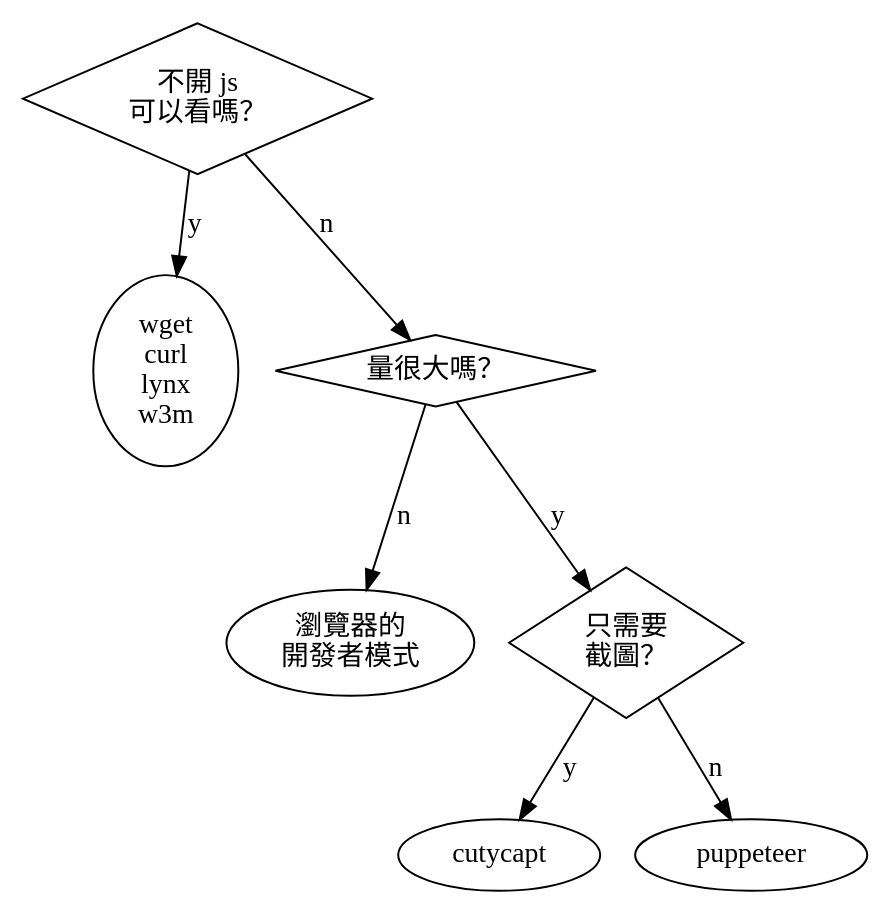
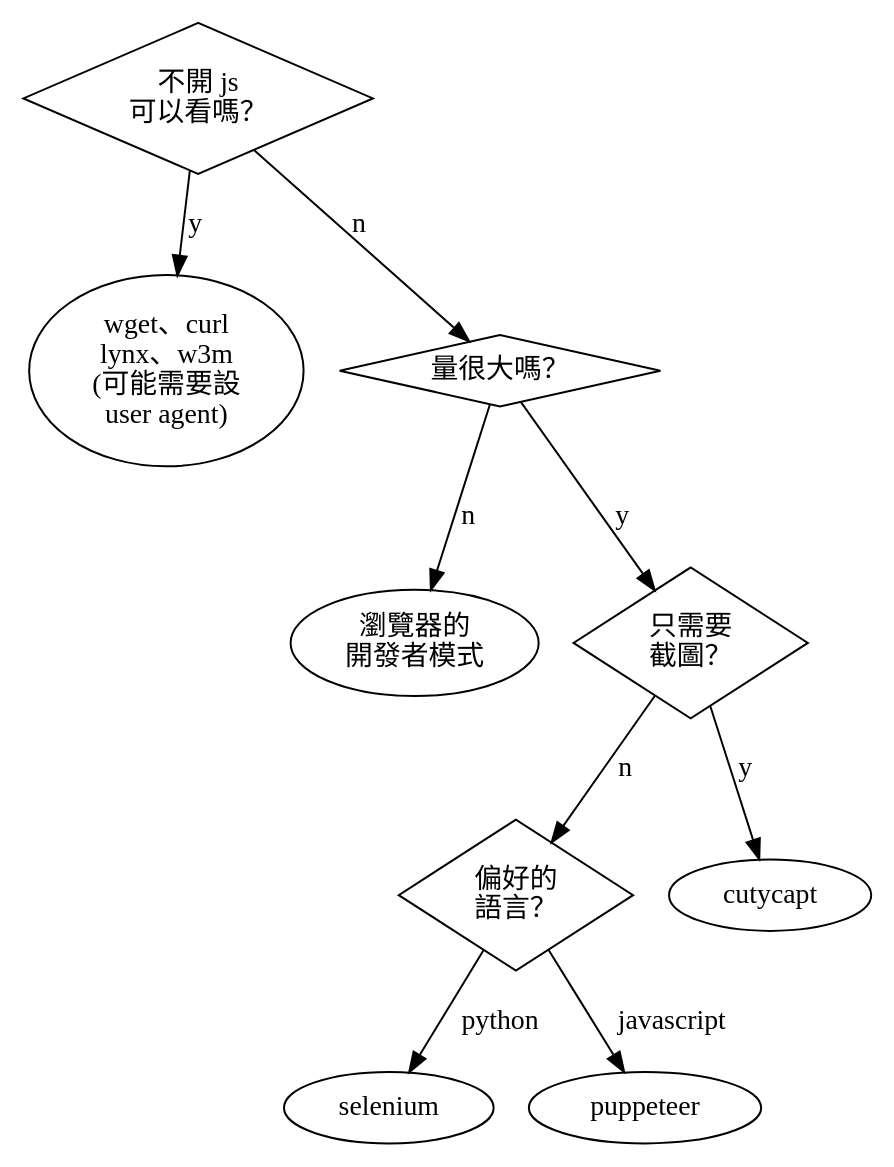
The diagram in a/m/23/spider-when.dot (ckhung/ckhung.github.io), drawn with Graphviz before and after one commit. The commit also changed 1 other file, not shown here.

Commit message:
added selenium

```diff
--- a/a/m/23/spider-when.dot
+++ b/a/m/23/spider-when.dot
@@ -1,19 +1,22 @@
 digraph "網路爬蟲： 何時使用哪個工具？" {
 
     rankdir = TB;
     overlap = scale;
     shape=rectangle;
 
     javascript [ label="不開 js\n可以看嗎？" ; shape=diamond ];
-    text_browser [ label="wget\ncurl\nlynx\nw3m" ];
+    text_browser [ label="wget、curl\nlynx、w3m\n(可能需要設\nuser agent)" ];
     volume [ label="量很大嗎？" ; shape=diamond ];
     dev_mode [ label="瀏覽器的\n開發者模式" ];
     graphic_only [ label="只需要\n截圖？" ; shape=diamond];
+    language [ label="偏好的\n語言？" ; shape=diamond];
 
     javascript -> text_browser [ label="y" ];
     javascript -> volume [ label="n" ];
     volume -> dev_mode [ label="n" ];
     volume -> graphic_only [ label="y" ];
     graphic_only -> cutycapt [ label="y" ];
-    graphic_only -> puppeteer [ label="n" ];
+    graphic_only -> language [ label="n" ];
+    language -> selenium [ label="python" ];
+    language -> puppeteer [ label="javascript" ];
 }
```
